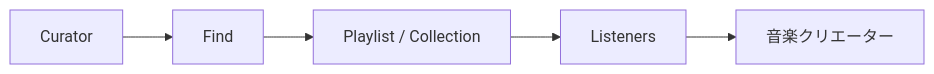
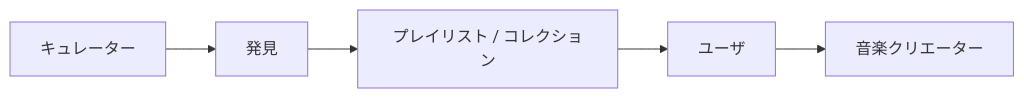
One commit to ShigeichiroYamasaki/creator-first-platform changed diagram 14 of 35 in docs/whitepaper/08-discovery-community.md. Above: the diagram before and after it, drawn with Mermaid. The commit also changed other lines of this file and 72 other files, not shown here.

````diff
--- a/docs/whitepaper/08-discovery-community.md
+++ b/docs/whitepaper/08-discovery-community.md
@@ -495,11 +495,11 @@
 ```mermaid
 flowchart LR
-    C[Curator]
-    FIND[Find]
-    LIST[Playlist / Collection]
-    USERS[Listeners]
+    C[キュレーター]
+    FIND[発見]
+    LIST[プレイリスト / コレクション]
+    USERS[ユーザ]
     CREATOR[音楽クリエーター]
 
     C --> FIND --> LIST --> USERS
     USERS --> CREATOR
 ```
````
